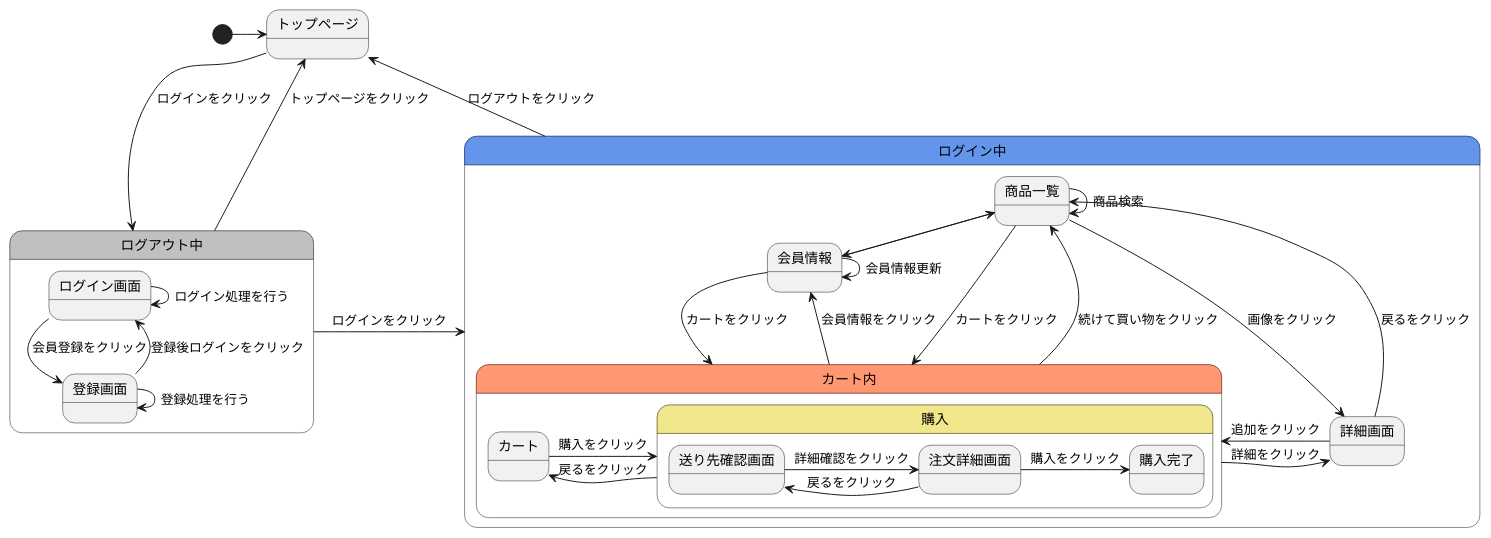
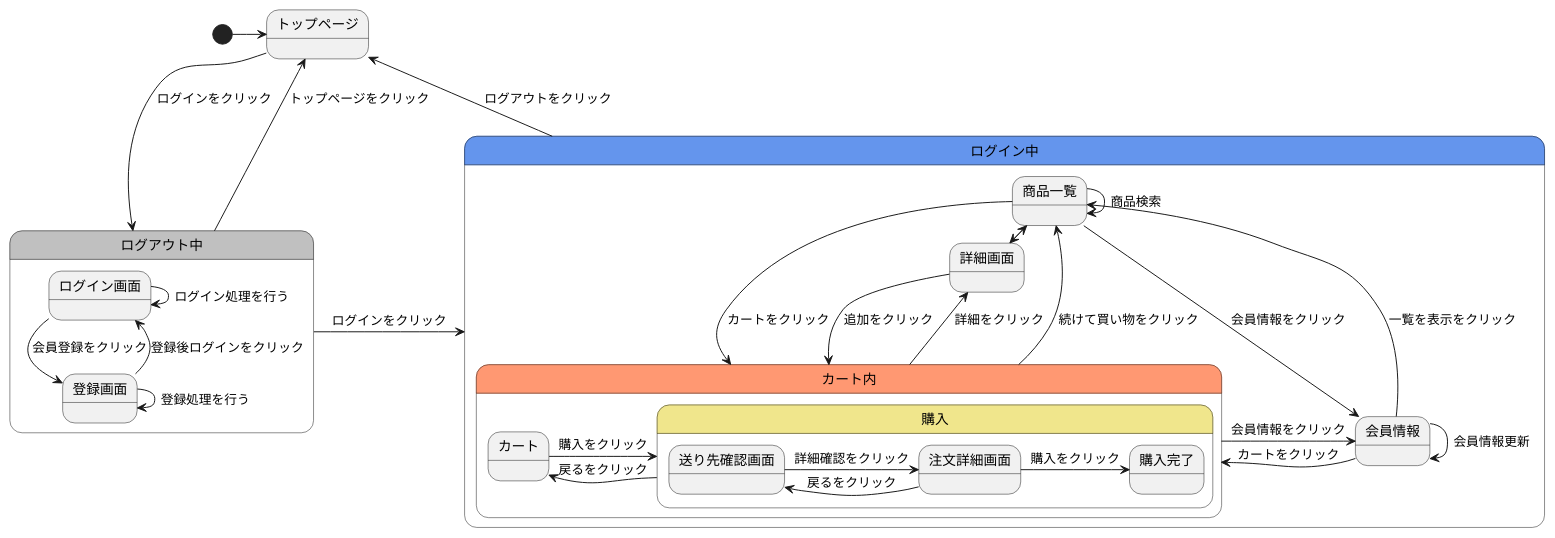
One commit to Aso2001409/2021sys-design changed the diagram in gamen2.md. Above: the diagram before and after it, drawn with PlantUML.

````diff
--- a/gamen2.md
+++ b/gamen2.md
@@ -1,38 +1,38 @@
 ```uml
 @startuml
 [*]->トップページ
 トップページ-->ログアウト中 :ログインをクリック
 ログアウト中->トップページ :トップページをクリック
 ログイン中->トップページ : ログアウトをクリック
 state ログアウト中 #C0C0C0{
   ログイン画面-->登録画面 :会員登録をクリック
   ログイン画面->ログイン画面 :ログイン処理を行う
   登録画面->登録画面 :登録処理を行う
   登録画面--> ログイン画面 :登録後ログインをクリック
 }
 ログアウト中->ログイン中 :ログインをクリック
 state ログイン中 #6495ED{
-  商品一覧-->詳細画面 :画像をクリック
+  商品一覧->詳細画面 :画像をクリック
   商品一覧--->カート内 :カートをクリック
-  商品一覧->会員情報 :会員情報をクリック
+  商品一覧-->会員情報 :会員情報をクリック
   商品一覧->商品一覧 :商品検索
   詳細画面->商品一覧 :戻るをクリック
   詳細画面->カート内 :追加をクリック
   会員情報->商品一覧 :一覧を表示をクリック
   会員情報->カート内 :カートをクリック
   会員情報->会員情報 :会員情報更新
   state カート内 #FF9872{
     カート->購入 :購入をクリック
     購入->カート :戻るをクリック
       state 購入 #F0E68C{
       送り先確認画面->注文詳細画面 :詳細確認をクリック
       注文詳細画面->購入完了 :購入をクリック
       注文詳細画面->送り先確認画面 :戻るをクリック
       }
     }  
   カート内->商品一覧 :続けて買い物をクリック
   カート内->会員情報 :会員情報をクリック
   カート内->詳細画面 :詳細をクリック
   }
 @enduml
 ```
````
